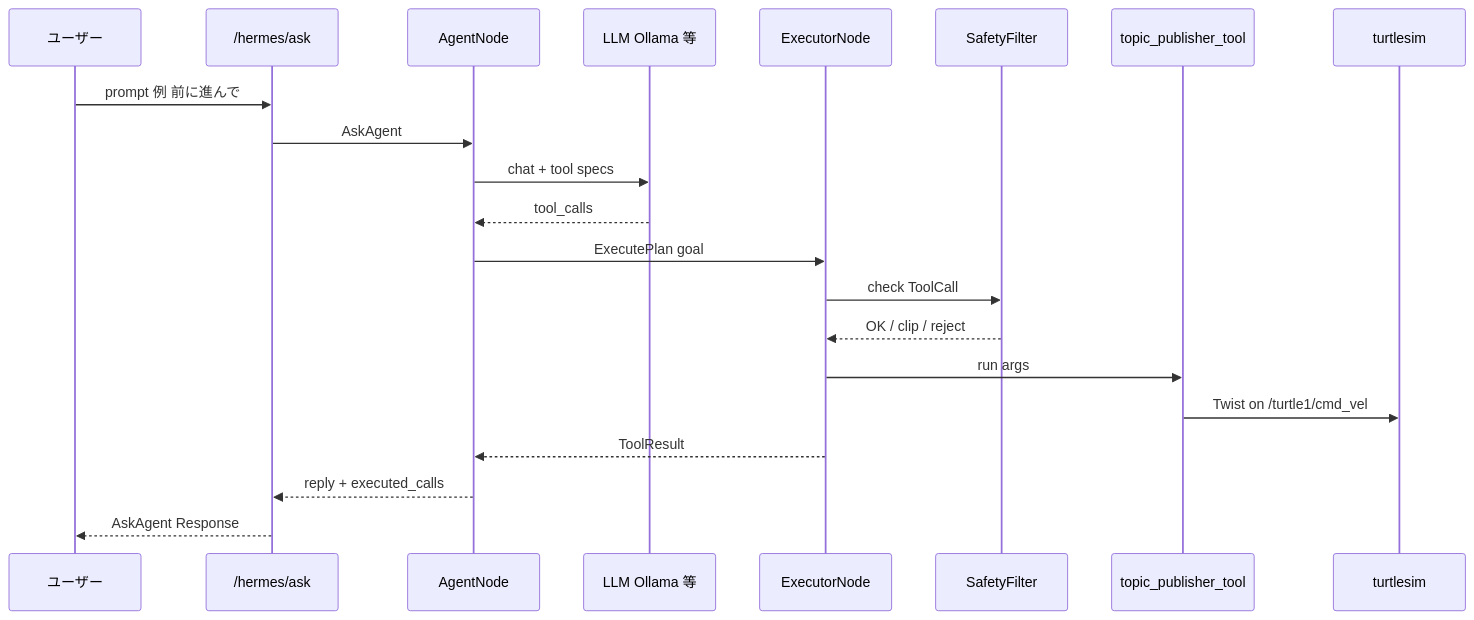
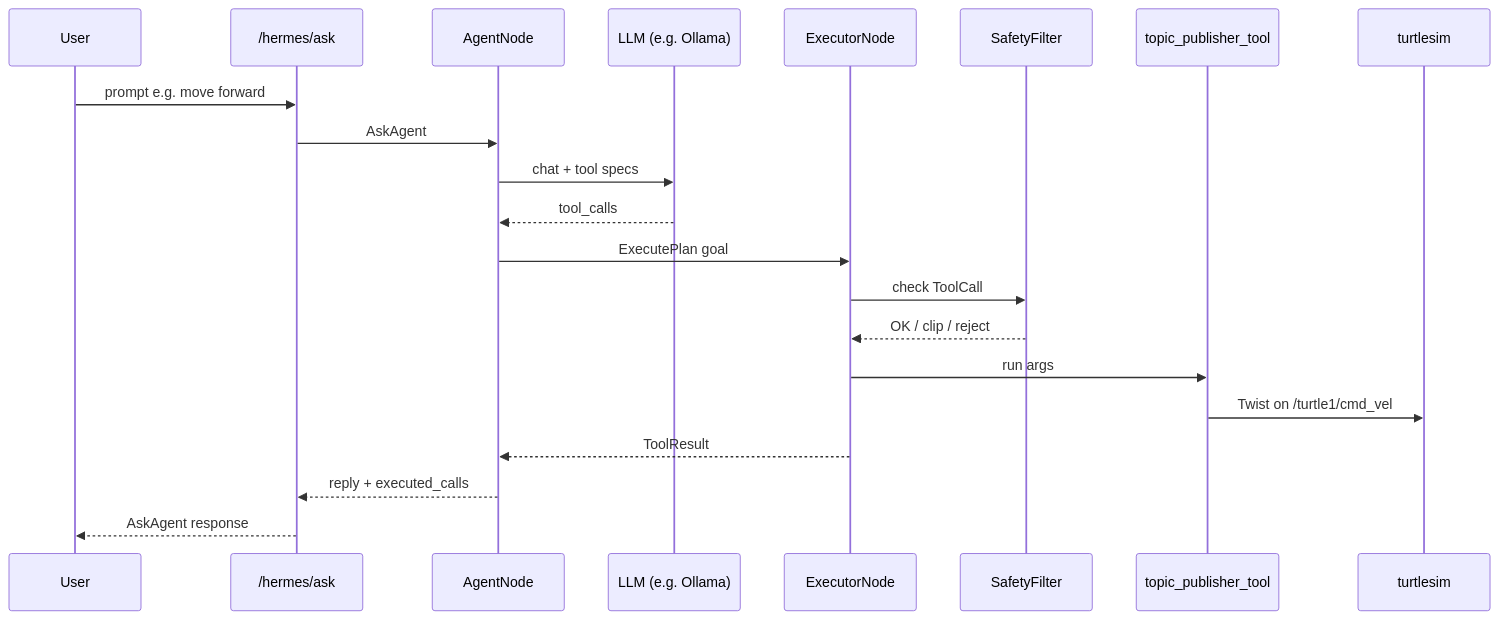
Before and after one commit to rsasaki0109/hermes-agent-ros: the third of 3 diagrams in README.md, drawn with Mermaid. The commit also changed other lines of this file, not shown here.

````diff
--- a/README.md
+++ b/README.md
@@ -58,23 +58,23 @@
 ```mermaid
 sequenceDiagram
-  participant U as ユーザー
+  participant U as User
   participant Ask as /hermes/ask
   participant Ag as AgentNode
-  participant LLM as LLM Ollama 等
+  participant LLM as LLM (e.g. Ollama)
   participant Ex as ExecutorNode
   participant SF as SafetyFilter
   participant Tool as topic_publisher_tool
   participant Sim as turtlesim
-  U->>Ask: prompt 例 前に進んで
+  U->>Ask: prompt e.g. move forward
   Ask->>Ag: AskAgent
   Ag->>LLM: chat + tool specs
   LLM-->>Ag: tool_calls
   Ag->>Ex: ExecutePlan goal
   Ex->>SF: check ToolCall
   SF-->>Ex: OK / clip / reject
   Ex->>Tool: run args
   Tool->>Sim: Twist on /turtle1/cmd_vel
   Ex-->>Ag: ToolResult
   Ag-->>Ask: reply + executed_calls
-  Ask-->>U: AskAgent Response
+  Ask-->>U: AskAgent response
 ```
````
